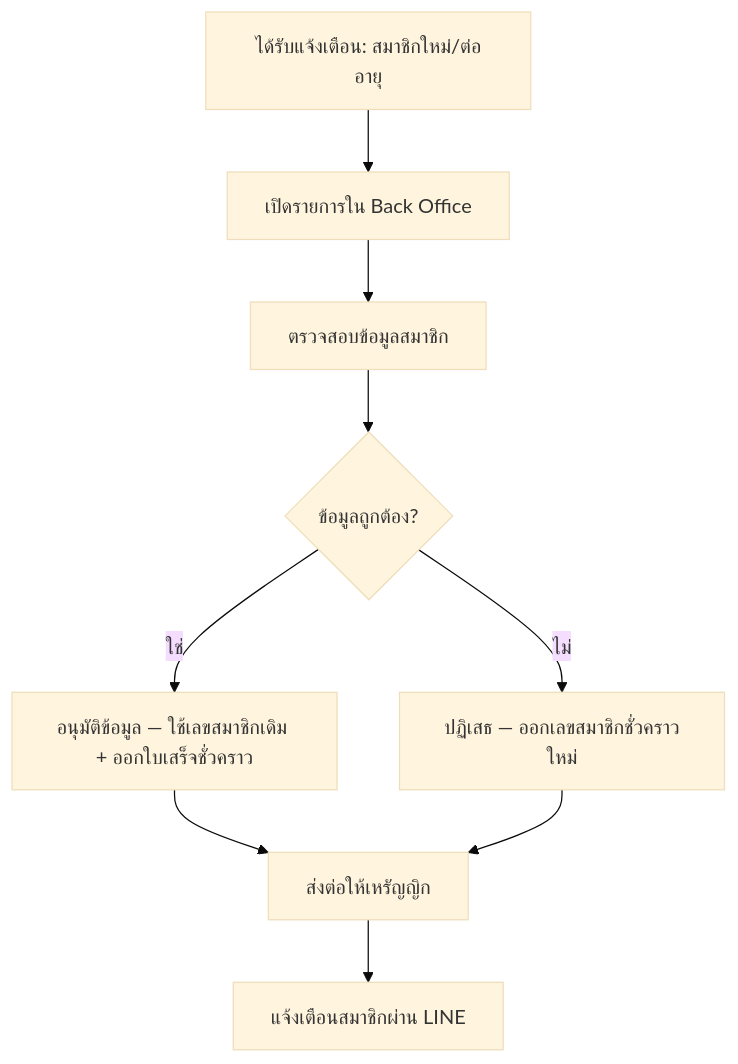
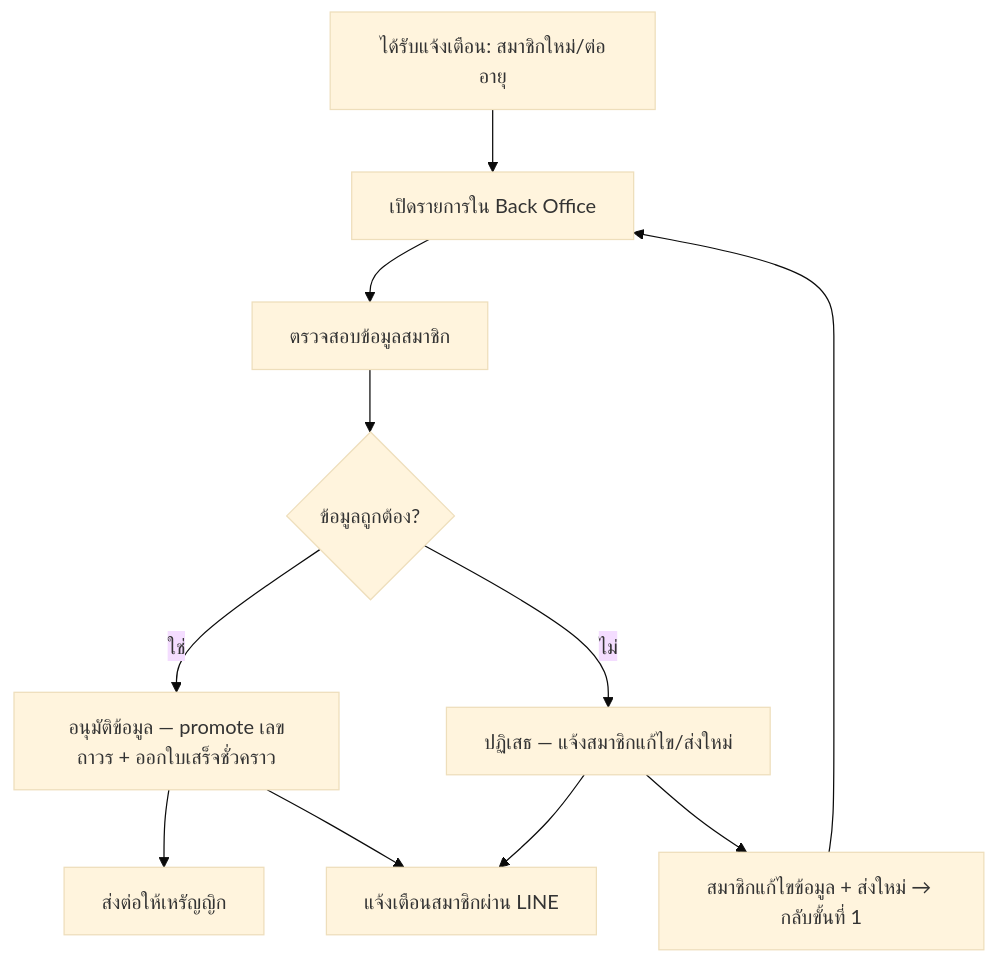
The fifth of 8 diagrams in ABTA-System/04-Workflows.md (Cakenomsod/Fastwork_ABTA), drawn with Mermaid (base theme) before and after one commit. The commit also changed other lines of this file and 7 other files, not shown here.

Commit message:
Refine membership flow: updated to promote permanent membership after registrar approval, revised temporary receipt issuance, and enhanced documentation for legacy member verification and LINE UID binding. Adjusted workflows and status definitions for clarity.

````diff
--- a/ABTA-System/04-Workflows.md
+++ b/ABTA-System/04-Workflows.md
@@ -126,11 +186,13 @@
 ```mermaid
 flowchart TD
     A[ได้รับแจ้งเตือน: สมาชิกใหม่/ต่ออายุ] --> B[เปิดรายการใน Back Office]
     B --> C[ตรวจสอบข้อมูลสมาชิก]
     C --> D{ข้อมูลถูกต้อง?}
-    D -->|ใช่| E[อนุมัติข้อมูล — ใช้เลขสมาชิกเดิม + ออกใบเสร็จชั่วคราว]
-    D -->|ไม่| F[ปฏิเสธ — ออกเลขสมาชิกชั่วคราวใหม่]
+    D -->|ใช่| E[อนุมัติข้อมูล — promote เลขถาวร + ออกใบเสร็จชั่วคราว]
+    D -->|ไม่| F[ปฏิเสธ — แจ้งสมาชิกแก้ไข/ส่งใหม่]
     E --> G[ส่งต่อให้เหรัญญิก]
-    F --> G
-    G --> H[แจ้งเตือนสมาชิกผ่าน LINE]
+    F --> F1[สมาชิกแก้ไขข้อมูล + ส่งใหม่ → กลับขั้นที่ 1]
+    E --> H[แจ้งเตือนสมาชิกผ่าน LINE]
+    F --> H
+    F1 --> B
 ```
````
